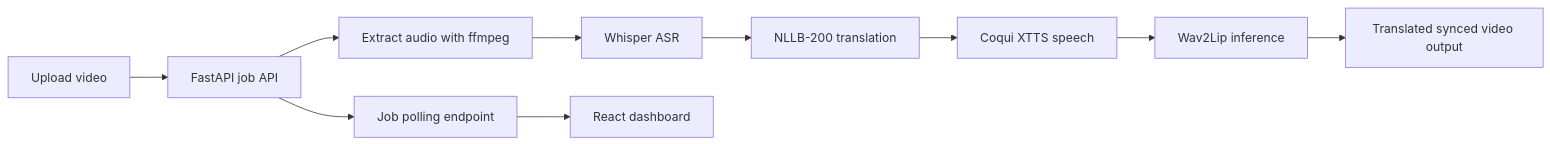
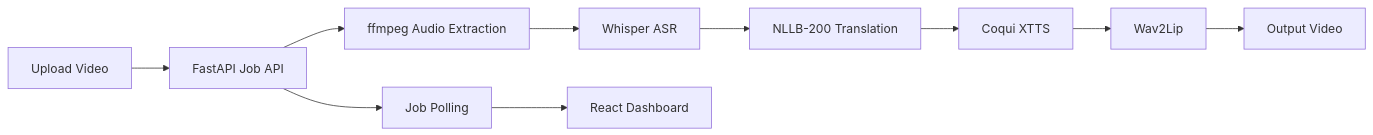
The diagram in README.md (priyankaacodess/multilingual-deepfake-translator), drawn with Mermaid before and after one commit. The commit also changed other lines of this file and 3 other files, not shown here.

````diff
--- a/README.md
+++ b/README.md
@@ -23,12 +28,12 @@
 ```mermaid
 flowchart LR
-  A[Upload video] --> B[FastAPI job API]
-  B --> C[Extract audio with ffmpeg]
+  A[Upload Video] --> B[FastAPI Job API]
+  B --> C[ffmpeg Audio Extraction]
   C --> D[Whisper ASR]
-  D --> E[NLLB-200 translation]
-  E --> F[Coqui XTTS speech]
-  F --> G[Wav2Lip inference]
-  G --> H[Translated synced video output]
-  B --> I[Job polling endpoint]
-  I --> J[React dashboard]
+  D --> E[NLLB-200 Translation]
+  E --> F[Coqui XTTS]
+  F --> G[Wav2Lip]
+  G --> H[Output Video]
+  B --> I[Job Polling]
+  I --> J[React Dashboard]
 ```
````
